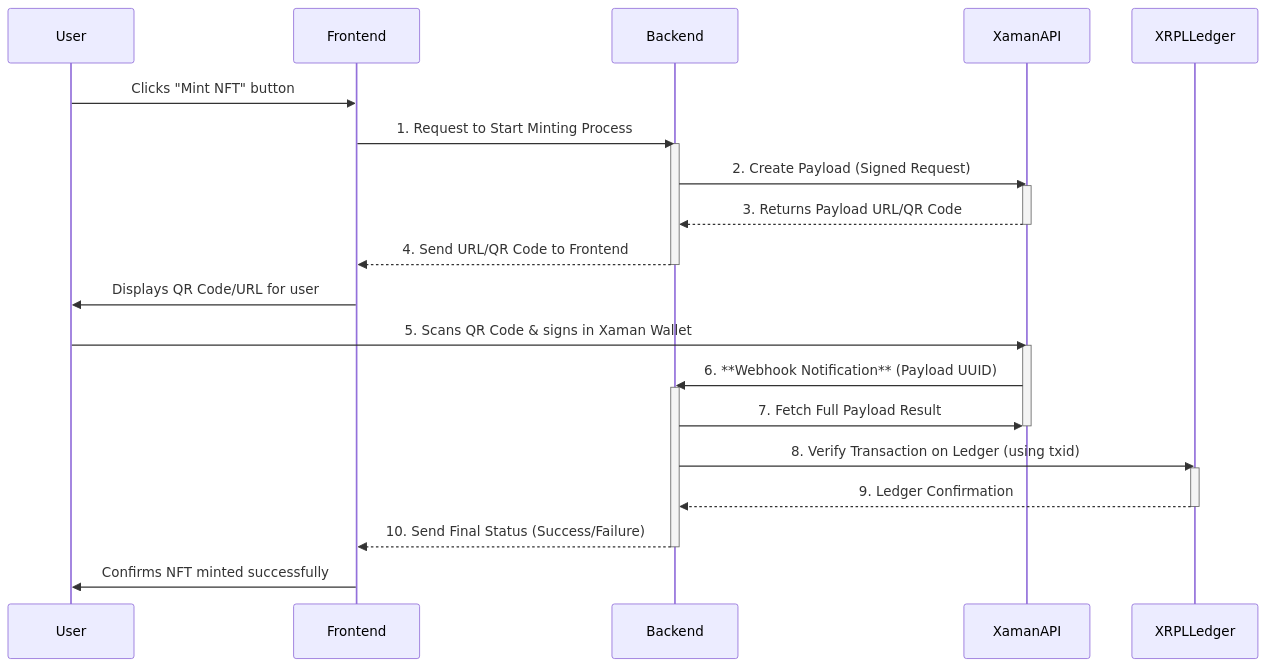
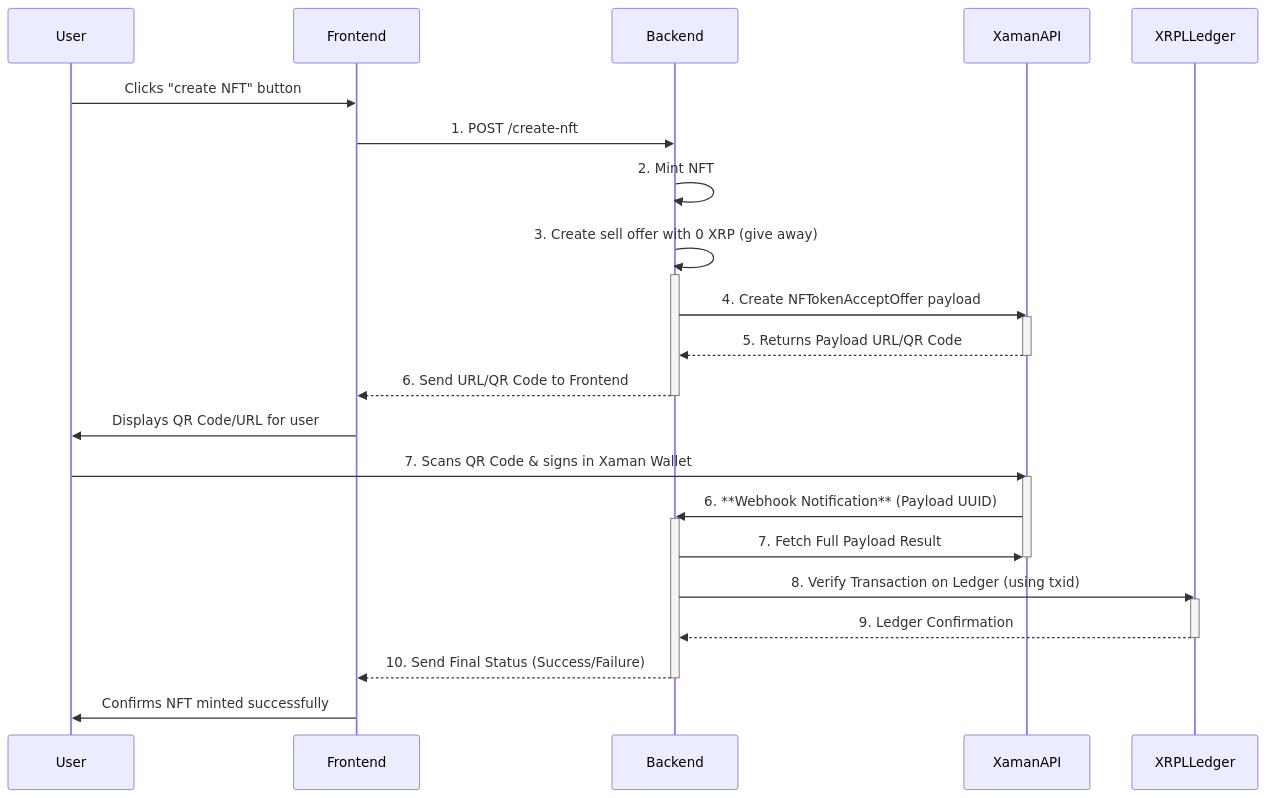
Before and after one commit to XVM-VoltRWA/rwa_marketplace: the diagram in rwa_mkplace_be/supabase/functions/create-nft/docs.md, drawn with Mermaid. The commit also changed 10 other files, not shown here.

````diff
--- a/rwa_mkplace_be/supabase/functions/create-nft/docs.md
+++ b/rwa_mkplace_be/supabase/functions/create-nft/docs.md
@@ -3,34 +3,36 @@
 ```mermaid
 sequenceDiagram
     participant User
     participant Frontend
     participant Backend
     participant XamanAPI
     participant XRPLLedger
 
-    User->>Frontend: Clicks "Mint NFT" button
-    Frontend->>Backend: 1. Request to Start Minting Process
+    User->>Frontend: Clicks "create NFT" button
+    Frontend->>Backend: 1. POST /create-nft
+    Backend->>Backend: 2. Mint NFT
+    Backend->>Backend: 3. Create sell offer with 0 XRP (give away)
     activate Backend
-    Backend->>XamanAPI: 2. Create Payload (Signed Request)
+    Backend->>XamanAPI: 4. Create NFTokenAcceptOffer payload
     activate XamanAPI
-    XamanAPI-->>Backend: 3. Returns Payload URL/QR Code
+    XamanAPI-->>Backend: 5. Returns Payload URL/QR Code
     deactivate XamanAPI
-    Backend-->>Frontend: 4. Send URL/QR Code to Frontend
+    Backend-->>Frontend: 6. Send URL/QR Code to Frontend
     deactivate Backend
 
     Frontend->>User: Displays QR Code/URL for user
-    User->>XamanAPI: 5. Scans QR Code & signs in Xaman Wallet
+    User->>XamanAPI: 7. Scans QR Code & signs in Xaman Wallet
     activate XamanAPI
     XamanAPI->>Backend: 6. **Webhook Notification** (Payload UUID)
     activate Backend
     Backend->>XamanAPI: 7. Fetch Full Payload Result
     deactivate XamanAPI
     Backend->>XRPLLedger: 8. Verify Transaction on Ledger (using txid)
     activate XRPLLedger
     XRPLLedger-->>Backend: 9. Ledger Confirmation
     deactivate XRPLLedger
 
     Backend-->>Frontend: 10. Send Final Status (Success/Failure)
     deactivate Backend
     Frontend->>User: Confirms NFT minted successfully
 ```
````
